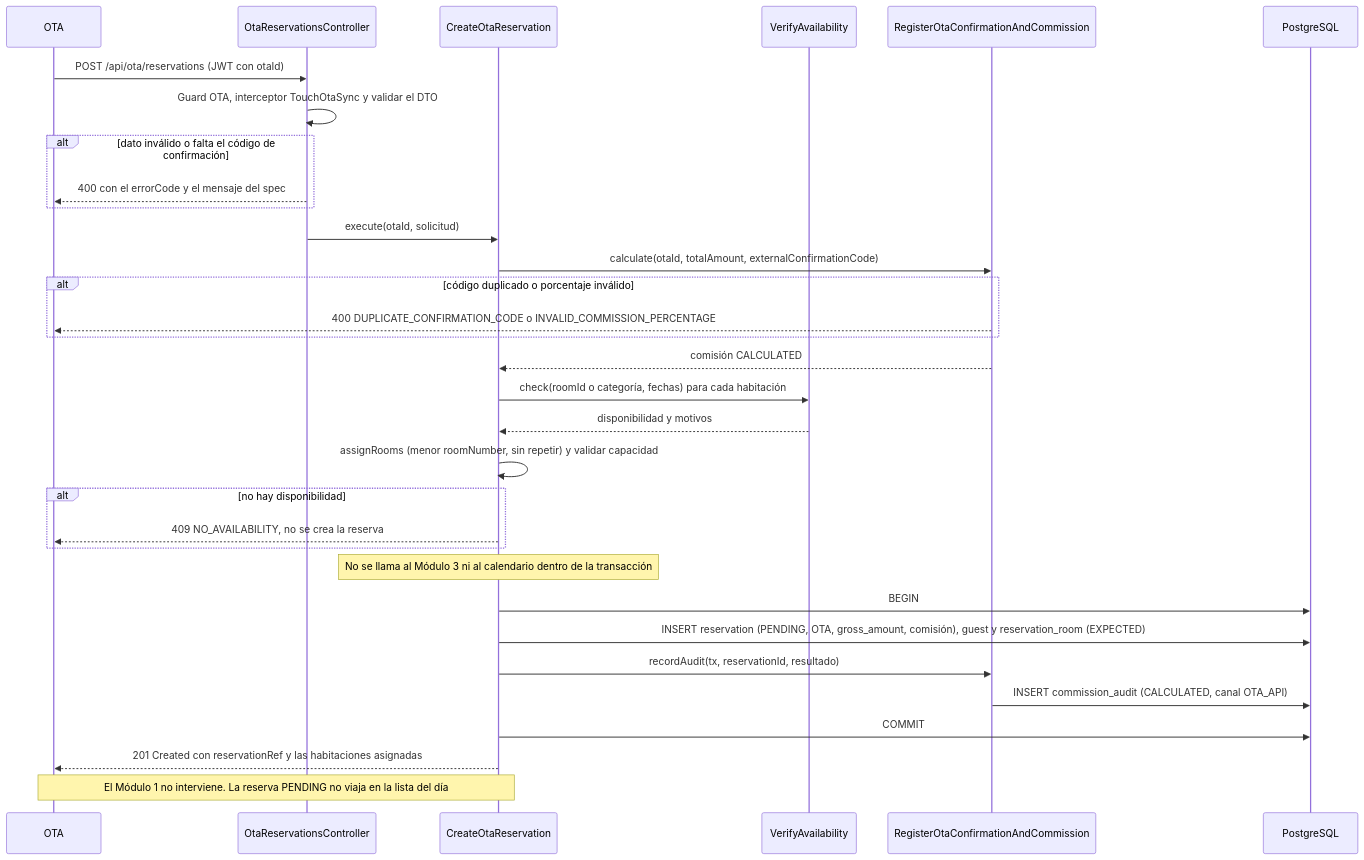
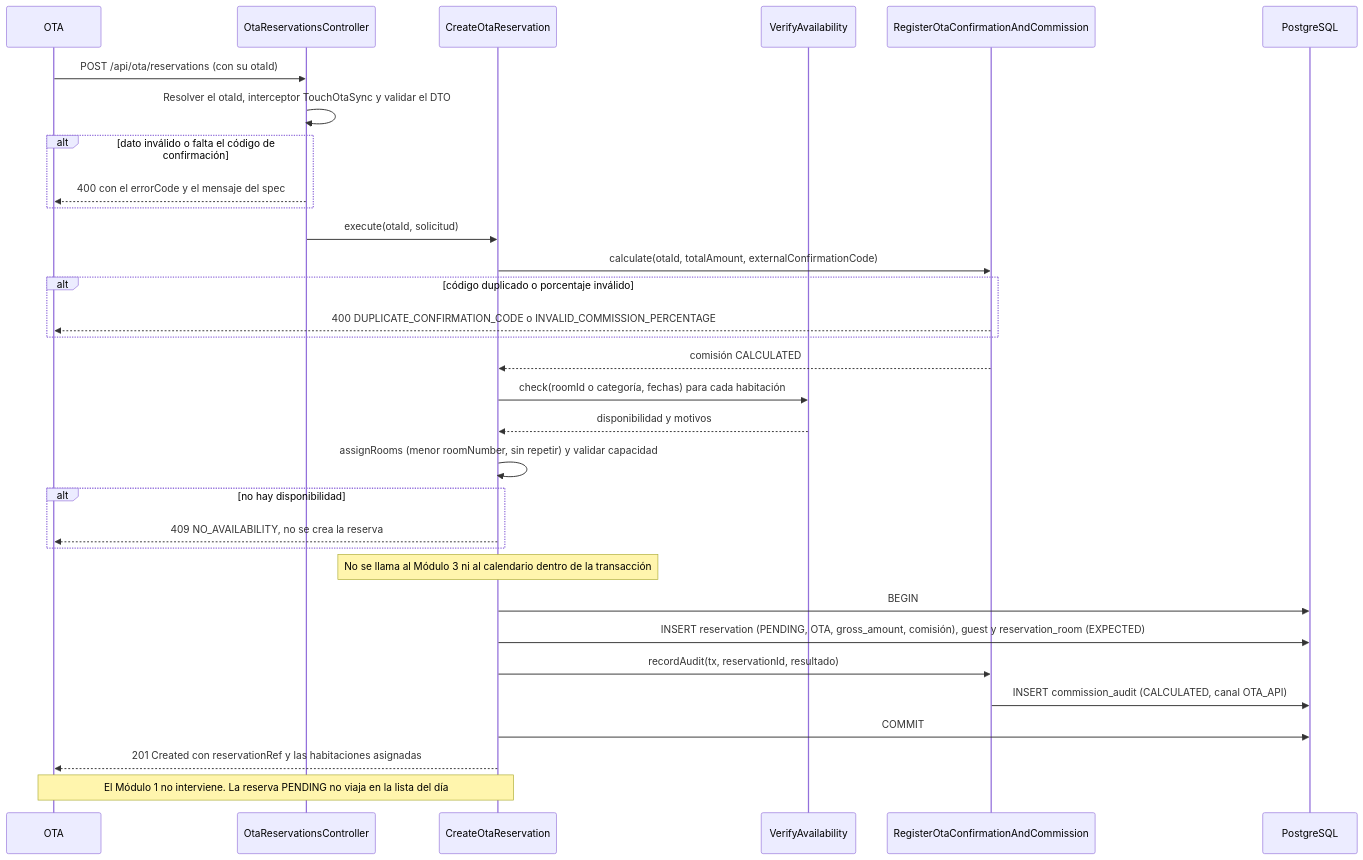
The first of 3 diagrams in specs/generate-ota-reservation/plan.md (Lapicero312-lapi/HOSPITUA-MOD-2), drawn with Mermaid before and after one commit. The commit also changed other lines of this file and 16 other files, not shown here.

````diff
--- a/specs/generate-ota-reservation/plan.md
+++ b/specs/generate-ota-reservation/plan.md
@@ -217,35 +216,35 @@
 ```mermaid
 sequenceDiagram
     participant O as OTA
     participant C as OtaReservationsController
     participant U as CreateOtaReservation
     participant V as VerifyAvailability
     participant K as RegisterOtaConfirmationAndCommission
     participant DB as PostgreSQL
 
-    O->>C: POST /api/ota/reservations (JWT con otaId)
-    C->>C: Guard OTA, interceptor TouchOtaSync y validar el DTO
+    O->>C: POST /api/ota/reservations (con su otaId)
+    C->>C: Resolver el otaId, interceptor TouchOtaSync y validar el DTO
     alt dato inválido o falta el código de confirmación
         C-->>O: 400 con el errorCode y el mensaje del spec
     end
     C->>U: execute(otaId, solicitud)
     U->>K: calculate(otaId, totalAmount, externalConfirmationCode)
     alt código duplicado o porcentaje inválido
         K-->>O: 400 DUPLICATE_CONFIRMATION_CODE o INVALID_COMMISSION_PERCENTAGE
     end
     K-->>U: comisión CALCULATED
     U->>V: check(roomId o categoría, fechas) para cada habitación
     V-->>U: disponibilidad y motivos
     U->>U: assignRooms (menor roomNumber, sin repetir) y validar capacidad
     alt no hay disponibilidad
         U-->>O: 409 NO_AVAILABILITY, no se crea la reserva
     end
     Note over U: No se llama al Módulo 3 ni al calendario dentro de la transacción
     U->>DB: BEGIN
     U->>DB: INSERT reservation (PENDING, OTA, gross_amount, comisión), guest y reservation_room (EXPECTED)
     U->>K: recordAudit(tx, reservationId, resultado)
     K->>DB: INSERT commission_audit (CALCULATED, canal OTA_API)
     U->>DB: COMMIT
     U-->>O: 201 Created con reservationRef y las habitaciones asignadas
     Note over U,O: El Módulo 1 no interviene. La reserva PENDING no viaja en la lista del día
 ```
````
